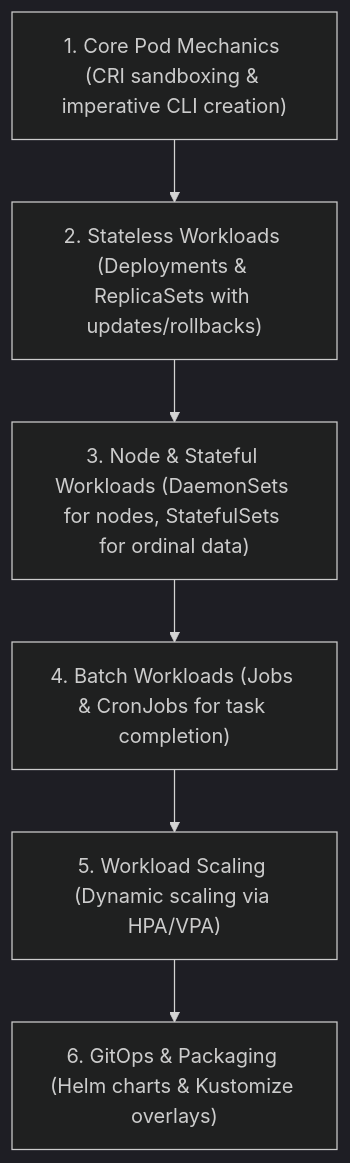
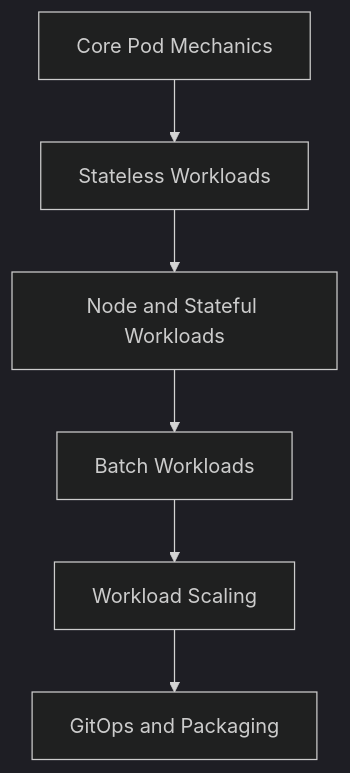
Before and after one commit to kmashour/BrainDump: the first of 4 diagrams in Reference Notes/07_kubernetes_workloads_and_controllers.md, drawn with Mermaid (dark theme). The commit also changed 15 other files, not shown here.

Commit message:
docs: simplify cognitive map mermaid syntax for general compatibility

````diff
--- a/Reference Notes/07_kubernetes_workloads_and_controllers.md
+++ b/Reference Notes/07_kubernetes_workloads_and_controllers.md
@@ -11,8 +11,8 @@
 ```mermaid
 graph TD
-    A["1. Core Pod Mechanics (CRI sandboxing & imperative CLI creation)"] --> B["2. Stateless Workloads (Deployments & ReplicaSets with updates/rollbacks)"]
-    B --> C["3. Node & Stateful Workloads (DaemonSets for nodes, StatefulSets for ordinal data)"]
-    C --> D["4. Batch Workloads (Jobs & CronJobs for task completion)"]
-    D --> E["5. Workload Scaling (Dynamic scaling via HPA/VPA)"]
-    E --> F["6. GitOps & Packaging (Helm charts & Kustomize overlays)"]
+    A["Core Pod Mechanics"] --> B["Stateless Workloads"]
+    B --> C["Node and Stateful Workloads"]
+    C --> D["Batch Workloads"]
+    D --> E["Workload Scaling"]
+    E --> F["GitOps and Packaging"]
 ```
````
